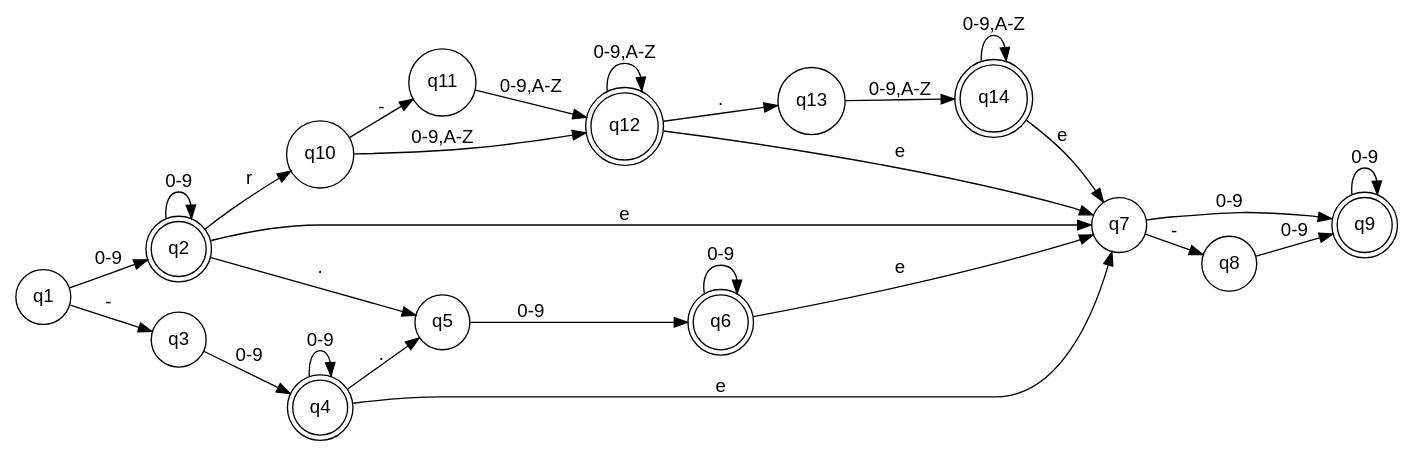
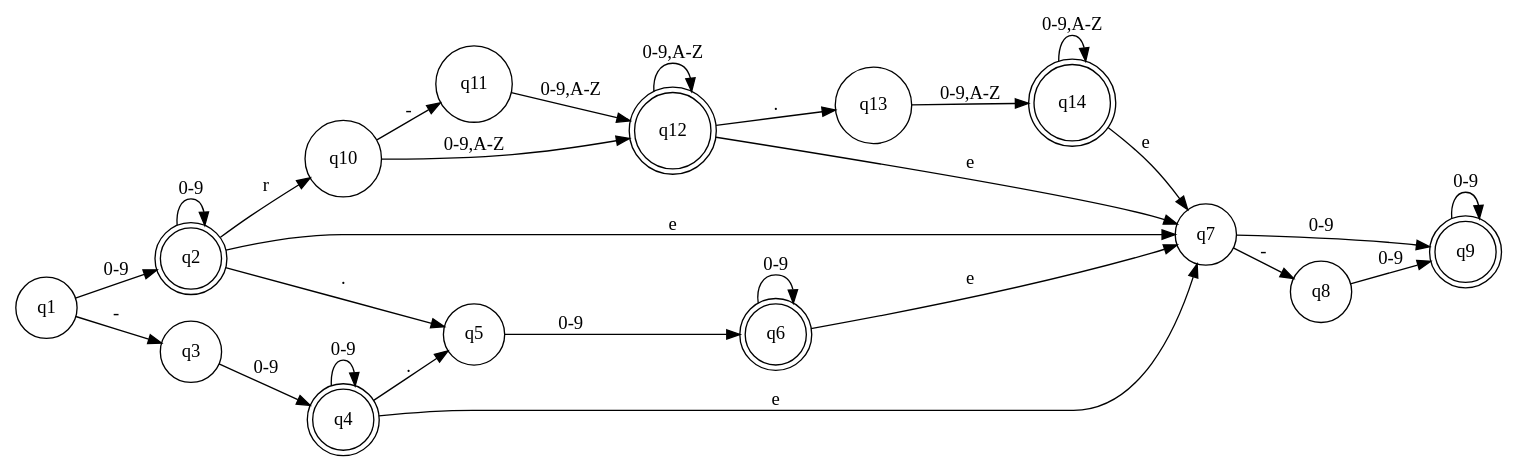
One commit to 0xnetfox/gora changed the diagram in docs/tokenizer/literals_numeric_dfa.dot. Above: the diagram before and after it, drawn with Graphviz.

Commit message:
set dot graph name

```diff
--- a/docs/tokenizer/literals_numeric_dfa.dot
+++ b/docs/tokenizer/literals_numeric_dfa.dot
@@ -1,35 +1,33 @@
-digraph finite_state_machine {
-	fontname="Helvetica,Arial,sans-serif"
-	node [fontname="Helvetica,Arial,sans-serif"]
-	edge [fontname="Helvetica,Arial,sans-serif"]
+digraph literals_numeric_dfa {
 	rankdir=LR;
+
 	node [shape = doublecircle]; q2 q4 q6 q9 q12 q14;
 	node [shape = circle];
 	
 	q1 -> q2   [label = "0-9"]
 	q1 -> q3   [label = "-"]
 	q2 -> q2   [label = "0-9"]
 	q2 -> q5   [label = "."]
 	q2 -> q7   [label = "e"]
 	q2 -> q10  [label = "r"]
 	q3 -> q4   [label = "0-9"]
 	q4 -> q4   [label = "0-9"]
 	q4 -> q5   [label = "."]
 	q4 -> q7   [label = "e"]
 	q5 -> q6   [label = "0-9"]
 	q6 -> q6   [label = "0-9"]
 	q6 -> q7   [label = "e"]
 	q7 -> q8   [label = "-"]
 	q7 -> q9   [label = "0-9"]
 	q8 -> q9   [label = "0-9"]
 	q9 -> q9   [label = "0-9"]
 	q10 -> q12 [label = "0-9,A-Z"]
 	q10 -> q11 [label = "-"]
 	q11 -> q12 [label = "0-9,A-Z"]
 	q12 -> q12 [label = "0-9,A-Z"]
 	q12 -> q13 [label = "."]
 	q12 -> q7  [label = "e"]
 	q13 -> q14 [label = "0-9,A-Z"]
 	q14 -> q14 [label = "0-9,A-Z"]
 	q14 -> q7  [label = "e"]
 }
```
